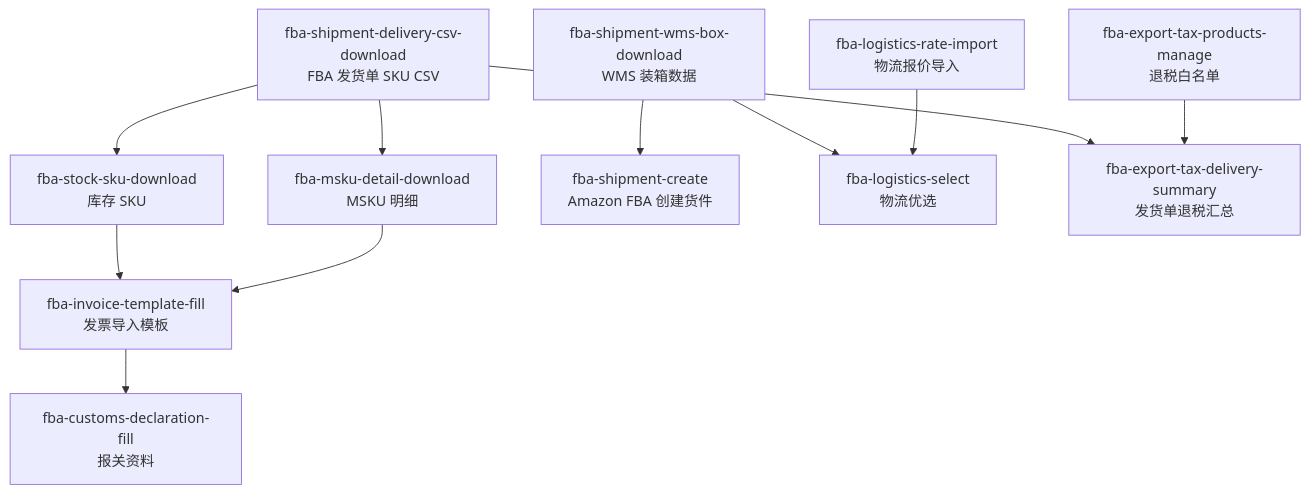
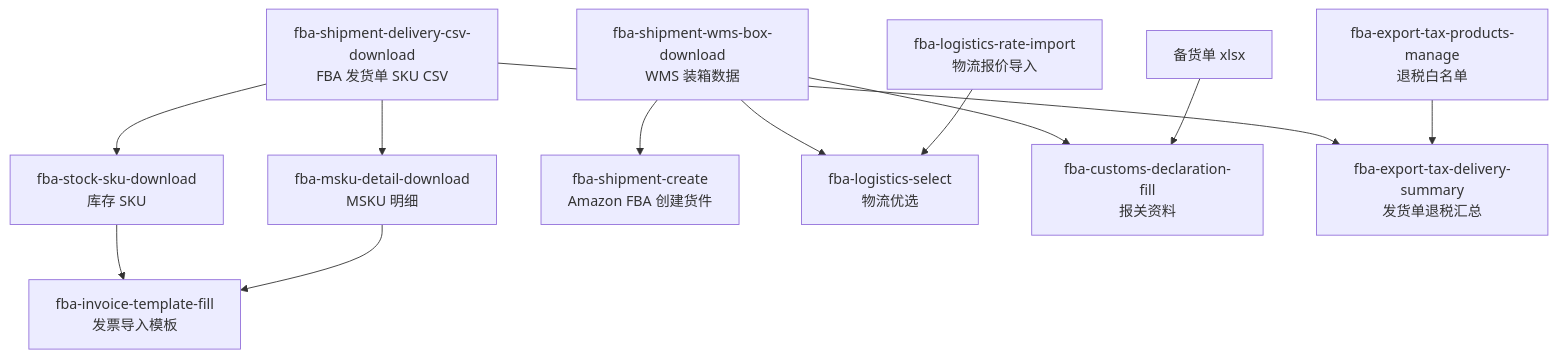
The diagram in skills/fba-workflow-map/SKILL.md (LXE123/LXE_AGENT), drawn with Mermaid before and after one commit. The commit also changed 1 other file, not shown here.

Commit message:
docs(fba): clarify customs workflow inputs
Route customs declaration from WMS box data and replenishment workbook inputs instead of invoice details, and pin the workflow map contract in tests.

````diff
--- a/skills/fba-workflow-map/SKILL.md
+++ b/skills/fba-workflow-map/SKILL.md
@@ -23,15 +23,16 @@
 ```mermaid
 flowchart TD
   A["fba-shipment-delivery-csv-download<br/>FBA 发货单 SKU CSV"] --> B["fba-stock-sku-download<br/>库存 SKU"]
   A --> C["fba-msku-detail-download<br/>MSKU 明细"]
   B --> D["fba-invoice-template-fill<br/>发票导入模板"]
   C --> D
 
   E["fba-shipment-wms-box-download<br/>WMS 装箱数据"] --> F["fba-shipment-create<br/>Amazon FBA 创建货件"]
   E --> G["fba-logistics-select<br/>物流优选"]
+  E --> H["fba-customs-declaration-fill<br/>报关资料"]
+  L["备货单 xlsx"] --> H
 
-  D --> H["fba-customs-declaration-fill<br/>报关资料"]
   A --> I["fba-export-tax-delivery-summary<br/>发货单退税汇总"]
   J["fba-export-tax-products-manage<br/>退税白名单"] --> I
   K["fba-logistics-rate-import<br/>物流报价导入"] --> G
 ```
````
